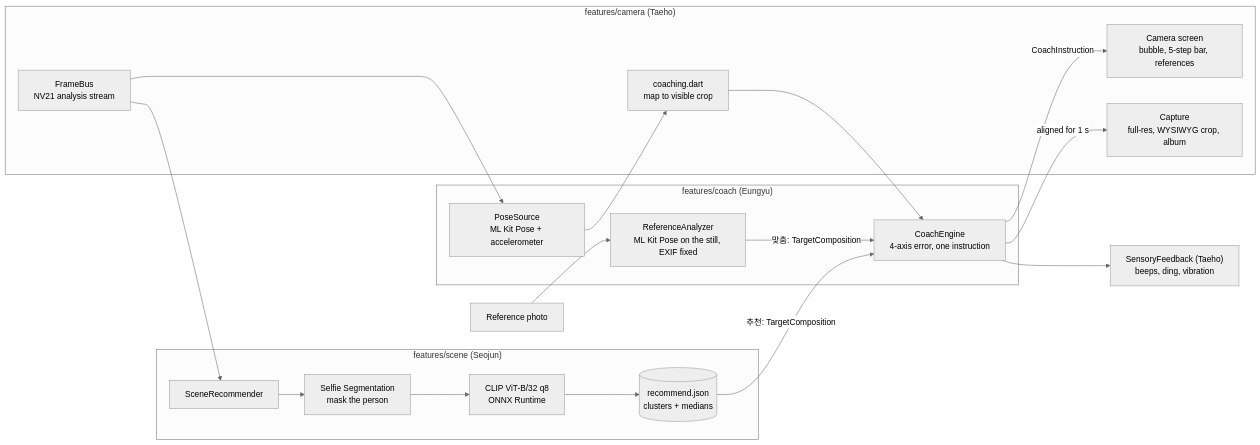
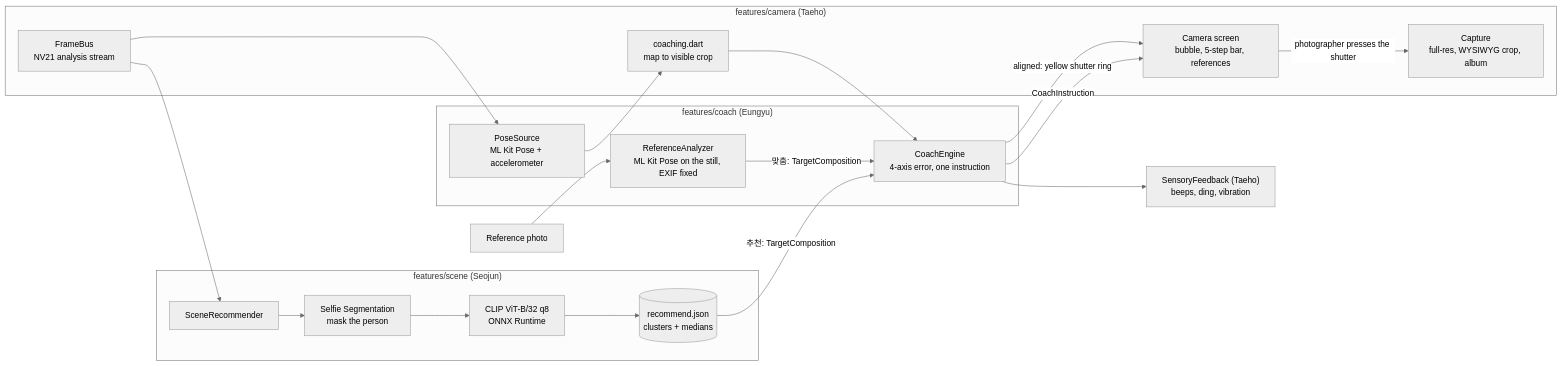
One commit to Gaslighteam/GUDORY changed the diagram in README.md. Above: the diagram before and after it, drawn with Mermaid (neutral theme). The commit also changed other lines of this file, not shown here.

Commit message:
docs(readme): manual shutter after alignment; front camera is plain

````diff
--- a/README.md
+++ b/README.md
@@ -40,29 +41,30 @@
 ```mermaid
 flowchart LR
   subgraph Camera["features/camera (Taeho)"]
     FB["FrameBus<br/>NV21 analysis stream"]
     CO["coaching.dart<br/>map to visible crop"]
     UI["Camera screen<br/>bubble, 5-step bar, references"]
     CAP["Capture<br/>full-res, WYSIWYG crop, album"]
   end
   subgraph Coach["features/coach (Eungyu)"]
     PS["PoseSource<br/>ML Kit Pose + accelerometer"]
     CE["CoachEngine<br/>4-axis error, one instruction"]
     RA["ReferenceAnalyzer<br/>ML Kit Pose on the still, EXIF fixed"]
   end
   subgraph Scene["features/scene (Seojun)"]
     RC["SceneRecommender"]
     SEG["Selfie Segmentation<br/>mask the person"]
     CLIP["CLIP ViT-B/32 q8<br/>ONNX Runtime"]
     RJ[("recommend.json<br/>clusters + medians")]
   end
   FS["SensoryFeedback (Taeho)<br/>beeps, ding, vibration"]
 
   FB --> PS --> CO --> CE
   FB --> RC --> SEG --> CLIP --> RJ
   RJ -- "추천: TargetComposition" --> CE
   REF["Reference photo"] --> RA -- "맞춤: TargetComposition" --> CE
   CE -- CoachInstruction --> UI
   CE --> FS
-  CE -- "aligned for 1 s" --> CAP
+  CE -- "aligned: yellow shutter ring" --> UI
+  UI -- "photographer presses the shutter" --> CAP
 ```
````
